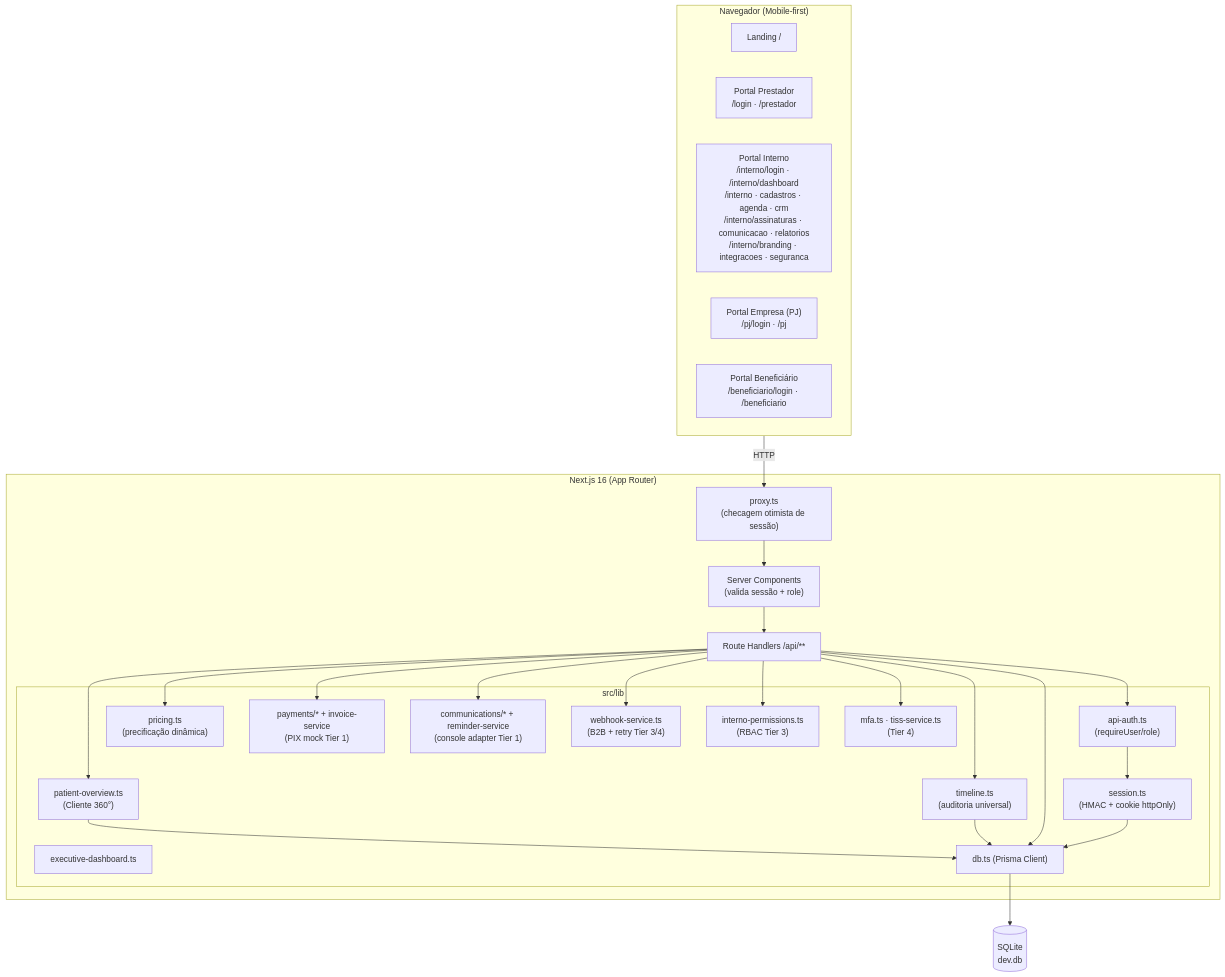
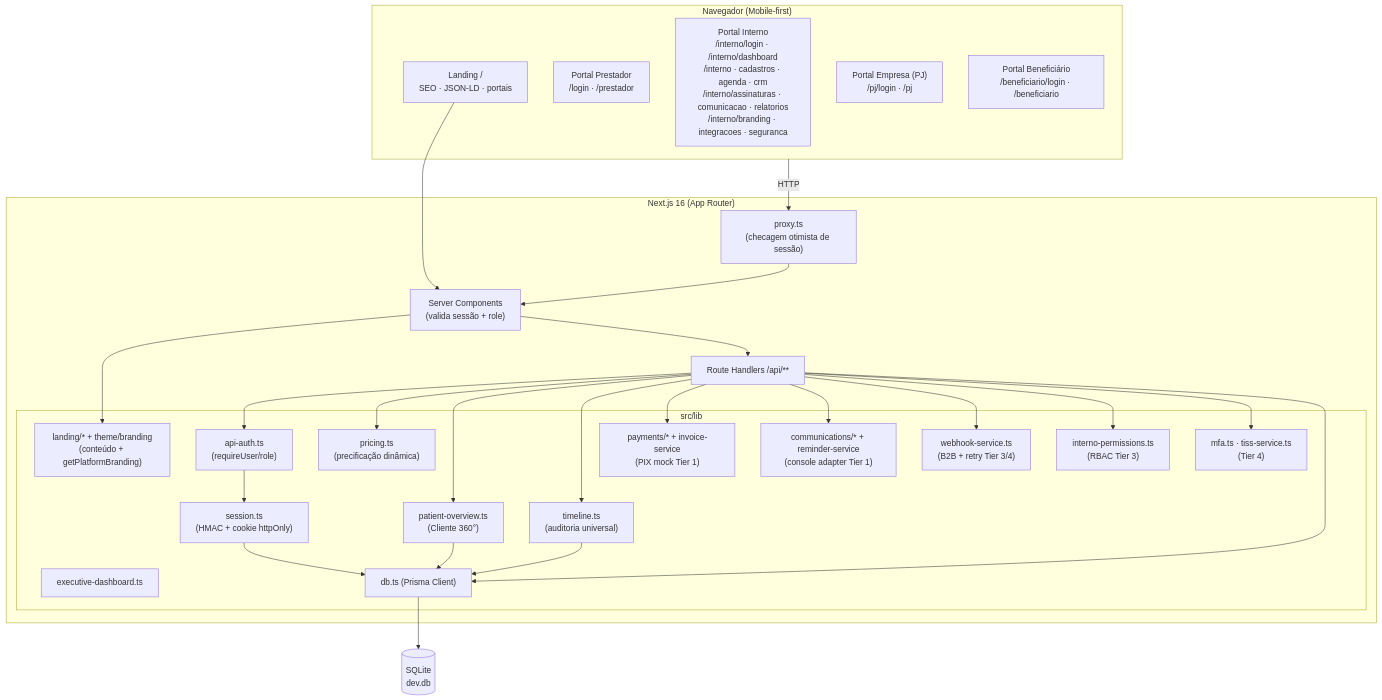
One commit to Piulres/sistema-bibi changed the first of 12 diagrams in docs/ARQUITETURA.md. Above: the diagram before and after it, drawn with Mermaid. The commit also changed other lines of this file and 5 other files, not shown here.

First line of the commit message:
docs: landing page (PR #37), SEO, seed modular e env vars

````diff
--- a/docs/ARQUITETURA.md
+++ b/docs/ARQUITETURA.md
@@ -18,46 +18,49 @@
 ```mermaid
 flowchart TB
   subgraph Cliente["Navegador (Mobile-first)"]
-    Land["Landing /"]
+    Land["Landing /<br/>SEO · JSON-LD · portais"]
     PortP["Portal Prestador<br/>/login · /prestador"]
     PortI["Portal Interno<br/>/interno/login · /interno/dashboard<br/>/interno · cadastros · agenda · crm<br/>/interno/assinaturas · comunicacao · relatorios<br/>/interno/branding · integracoes · seguranca"]
     PortPJ["Portal Empresa (PJ)<br/>/pj/login · /pj"]
     PortBen["Portal Beneficiário<br/>/beneficiario/login · /beneficiario"]
   end
 
   subgraph Next["Next.js 16 (App Router)"]
     Proxy["proxy.ts<br/>(checagem otimista de sessão)"]
     Pages["Server Components<br/>(valida sessão + role)"]
     API["Route Handlers /api/**"]
     subgraph Lib["src/lib"]
       Sess["session.ts<br/>(HMAC + cookie httpOnly)"]
       Auth["api-auth.ts<br/>(requireUser/role)"]
+      Landing["landing/* + theme/branding<br/>(conteúdo + getPlatformBranding)"]
       Price["pricing.ts<br/>(precificação dinâmica)"]
       Overview["patient-overview.ts<br/>(Cliente 360°)"]
       Timeline["timeline.ts<br/>(auditoria universal)"]
       Payments["payments/* + invoice-service<br/>(PIX mock Tier 1)"]
       Comms["communications/* + reminder-service<br/>(console adapter Tier 1)"]
       Webhooks["webhook-service.ts<br/>(B2B + retry Tier 3/4)"]
       RBAC["interno-permissions.ts<br/>(RBAC Tier 3)"]
       MFA["mfa.ts · tiss-service.ts<br/>(Tier 4)"]
       Dashboard["executive-dashboard.ts"]
       DB["db.ts (Prisma Client)"]
     end
   end
 
   SQLite[("SQLite<br/>dev.db")]
 
   Cliente -->|HTTP| Proxy --> Pages
+  Land --> Pages
+  Pages --> Landing
   Pages --> API
   API --> Auth --> Sess
   API --> Price
   API --> Overview --> DB
   API --> Timeline --> DB
   API --> Payments
   API --> Comms
   API --> Webhooks
   API --> RBAC
   API --> MFA
   API --> DB --> SQLite
   Sess --> DB
 ```
````
